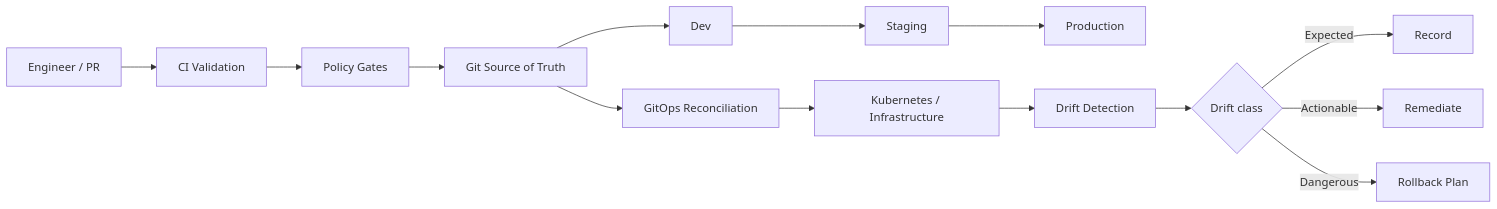
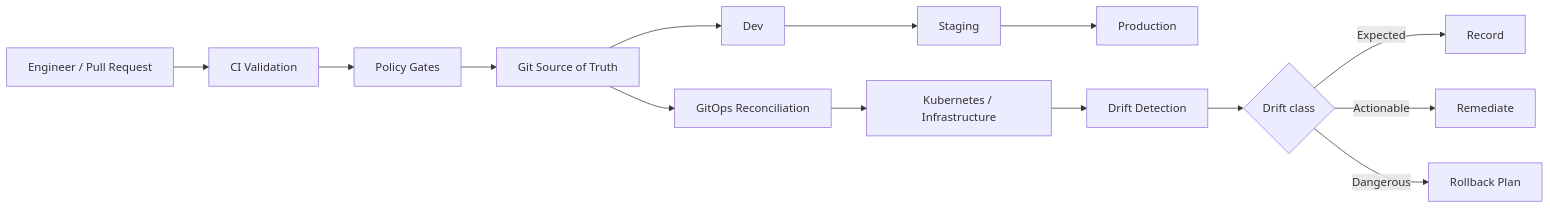
Before and after one commit to obinna-obika-devops/infrastructure-gitops-engineering: the diagram in README.md, drawn with Mermaid. The commit also changed other lines of this file, not shown here.

````diff
--- a/README.md
+++ b/README.md
@@ -15,16 +45,16 @@
 ```mermaid
 flowchart LR
-    A[Engineer / PR] --> B[CI Validation]
+    A[Engineer / Pull Request] --> B[CI Validation]
     B --> C[Policy Gates]
     C --> D[Git Source of Truth]
     D --> E[Dev]
     E --> F[Staging]
     F --> G[Production]
     D --> H[GitOps Reconciliation]
     H --> I[Kubernetes / Infrastructure]
     I --> J[Drift Detection]
     J --> K{Drift class}
     K -->|Expected| L[Record]
     K -->|Actionable| M[Remediate]
     K -->|Dangerous| N[Rollback Plan]
 ```
````
